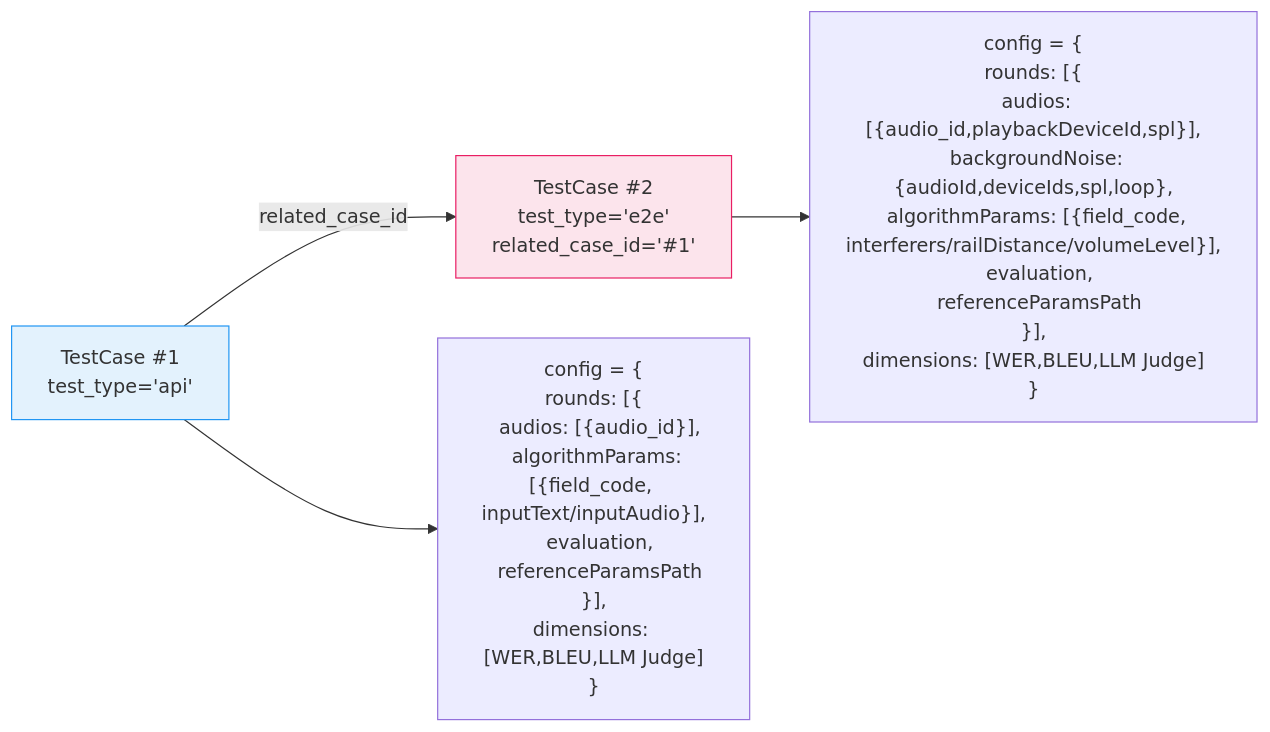
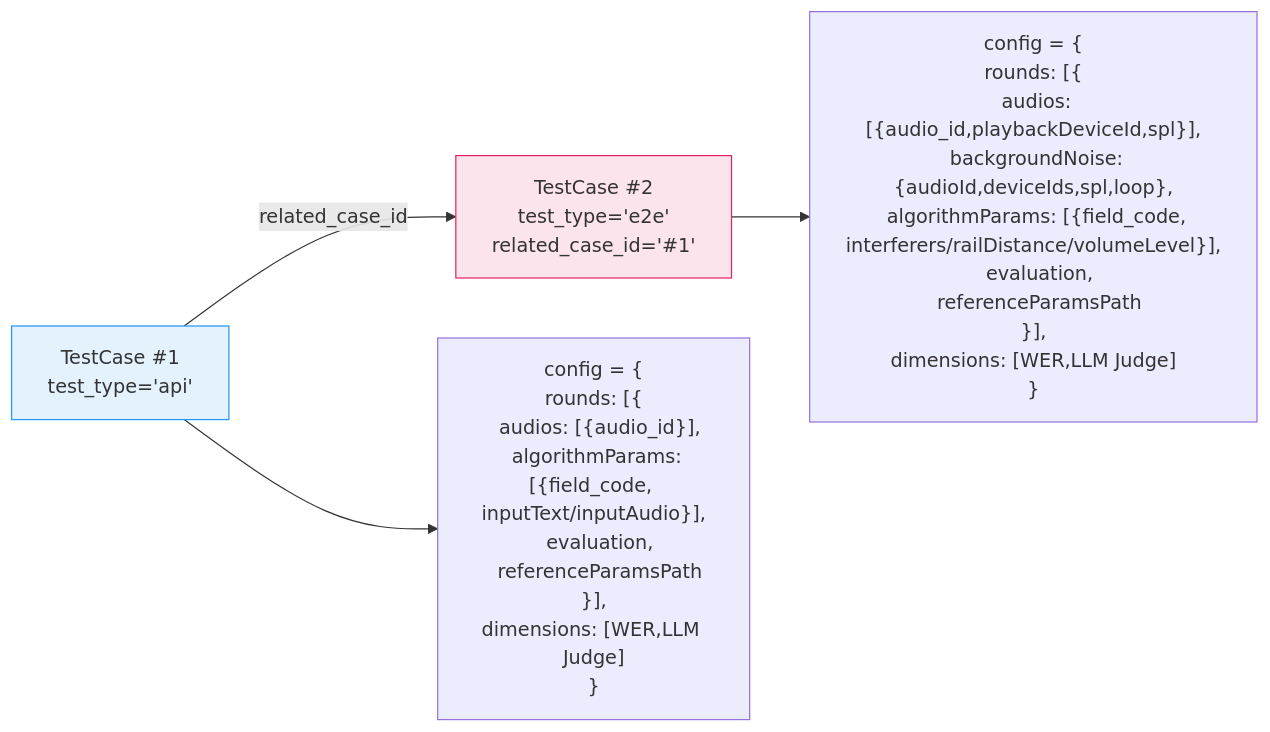
The ninth of 9 diagrams in Intelligent-Audio-TEST/doc/voice_llm/00_改造方案总览.md (ydz-auto/intelligent_audio_test), drawn with Mermaid before and after one commit. The commit also changed other lines of this file and 244 other files, not shown here.

````diff
--- a/Intelligent-Audio-TEST/doc/voice_llm/00_改造方案总览.md
+++ b/Intelligent-Audio-TEST/doc/voice_llm/00_改造方案总览.md
@@ -267,9 +267,9 @@
 ```mermaid
 flowchart LR
     A1["TestCase #1<br/>test_type='api'"] -->|related_case_id| A2["TestCase #2<br/>test_type='e2e'<br/>related_case_id='#1'"]
-    A1 --> B1["config = {<br/>rounds: [{<br/>  audios: [{audio_id}],<br/>  algorithmParams: [{field_code, inputText/inputAudio}],<br/>  evaluation,<br/>  referenceParamsPath<br/>}],<br/>dimensions: [WER,BLEU,LLM Judge]<br/>}"]
-    A2 --> B2["config = {<br/>rounds: [{<br/>  audios: [{audio_id,playbackDeviceId,spl}],<br/>  backgroundNoise: {audioId,deviceIds,spl,loop},<br/>  algorithmParams: [{field_code, interferers/railDistance/volumeLevel}],<br/>  evaluation,<br/>  referenceParamsPath<br/>}],<br/>dimensions: [WER,BLEU,LLM Judge]<br/>}"]
+    A1 --> B1["config = {<br/>rounds: [{<br/>  audios: [{audio_id}],<br/>  algorithmParams: [{field_code, inputText/inputAudio}],<br/>  evaluation,<br/>  referenceParamsPath<br/>}],<br/>dimensions: [WER,LLM Judge]<br/>}"]
+    A2 --> B2["config = {<br/>rounds: [{<br/>  audios: [{audio_id,playbackDeviceId,spl}],<br/>  backgroundNoise: {audioId,deviceIds,spl,loop},<br/>  algorithmParams: [{field_code, interferers/railDistance/volumeLevel}],<br/>  evaluation,<br/>  referenceParamsPath<br/>}],<br/>dimensions: [WER,LLM Judge]<br/>}"]
     
     style A1 fill:#e3f2fd,stroke:#2196f3
     style A2 fill:#fce4ec,stroke:#e91e63
 ```
````
